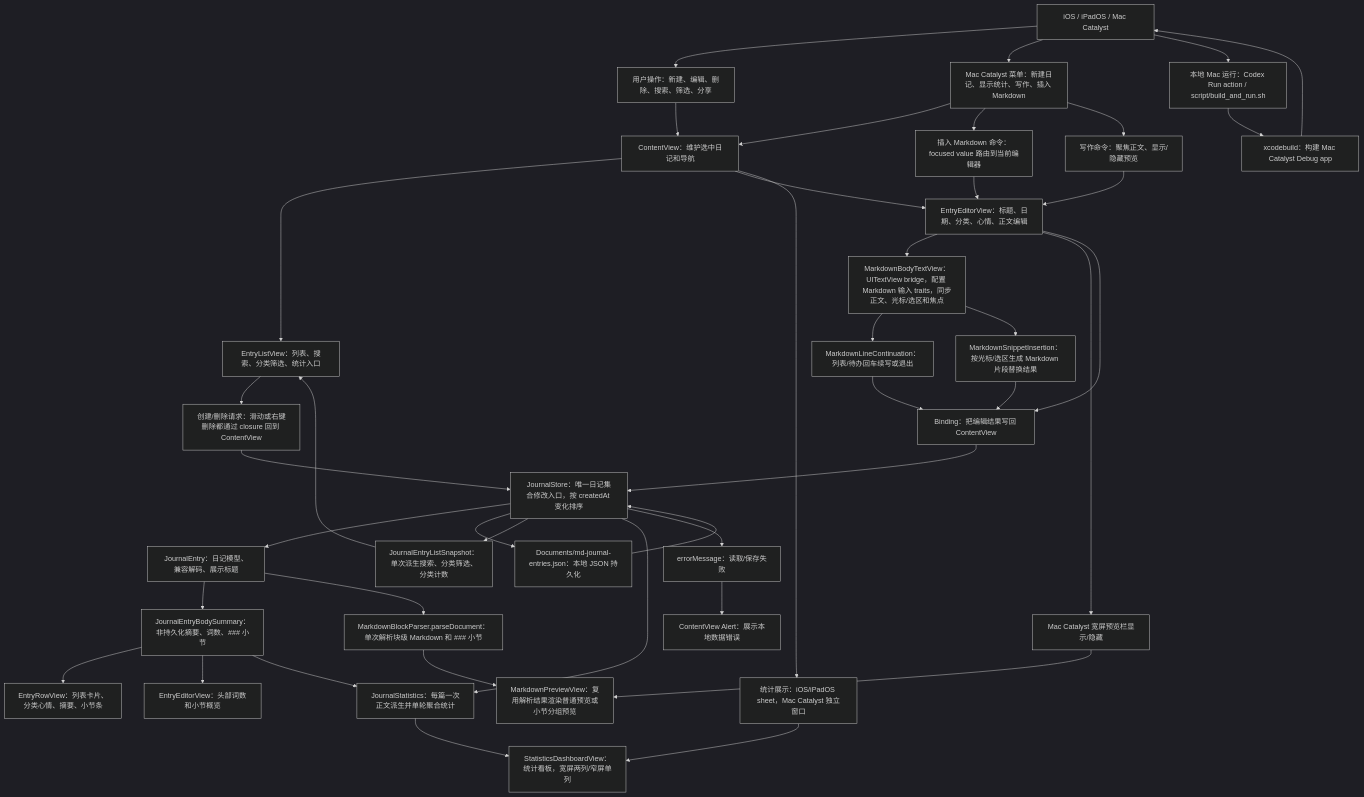
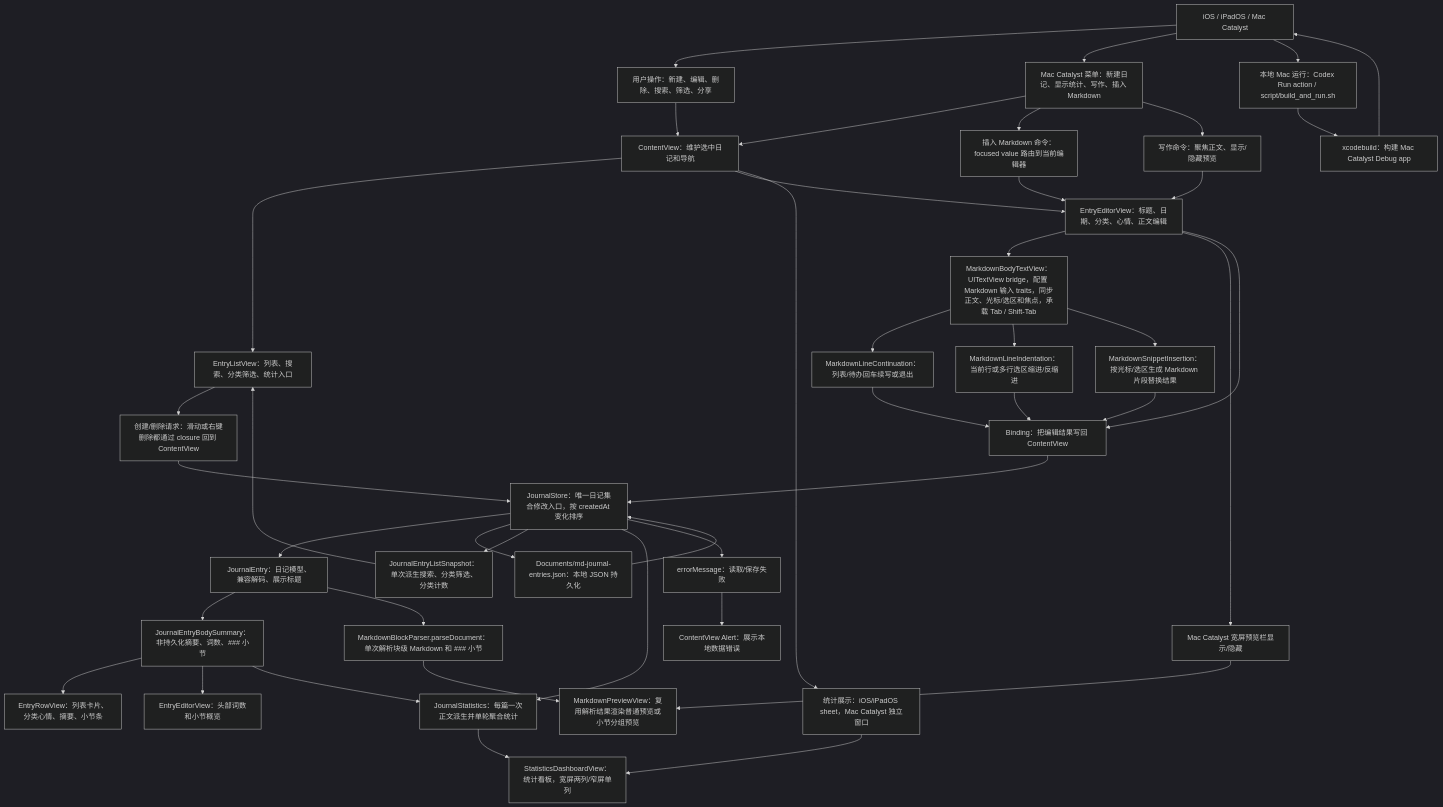
The first of 6 diagrams in md/flow/flowchart.md (Altman-sam114/117), drawn with Mermaid (dark theme) before and after one commit. The commit also changed other lines of this file and 10 other files, not shown here.

````diff
--- a/md/flow/flowchart.md
+++ b/md/flow/flowchart.md
@@ -9,44 +9,46 @@
 ```mermaid
 flowchart TD
   Platform["iOS / iPadOS / Mac Catalyst"] --> User["用户操作：新建、编辑、删除、搜索、筛选、分享"]
   Platform --> Menu["Mac Catalyst 菜单：新建日记、显示统计、写作、插入 Markdown"]
   Platform --> LocalRun["本地 Mac 运行：Codex Run action / script/build_and_run.sh"]
   LocalRun --> CatalystBuild["xcodebuild：构建 Mac Catalyst Debug app"]
   CatalystBuild --> Platform
   User --> CV["ContentView：维护选中日记和导航"]
   Menu --> CV
   CV --> List["EntryListView：列表、搜索、分类筛选、统计入口"]
   CV --> Editor["EntryEditorView：标题、日期、分类、心情、正文编辑"]
   Menu --> SnippetCommand["插入 Markdown 命令：focused value 路由到当前编辑器"]
   SnippetCommand --> Editor
   Menu --> WritingCommand["写作命令：聚焦正文、显示/隐藏预览"]
   WritingCommand --> Editor
-  Editor --> BodyTextView["MarkdownBodyTextView：UITextView bridge，配置 Markdown 输入 traits，同步正文、光标/选区和焦点"]
+  Editor --> BodyTextView["MarkdownBodyTextView：UITextView bridge，配置 Markdown 输入 traits，同步正文、光标/选区和焦点，承载 Tab / Shift-Tab"]
   BodyTextView --> LineContinuation["MarkdownLineContinuation：列表/待办回车续写或退出"]
   LineContinuation --> Binding
+  BodyTextView --> LineIndentation["MarkdownLineIndentation：当前行或多行选区缩进/反缩进"]
+  LineIndentation --> Binding
   BodyTextView --> SnippetInsertion["MarkdownSnippetInsertion：按光标/选区生成 Markdown 片段替换结果"]
   SnippetInsertion --> Binding
   Editor --> PreviewToggle["Mac Catalyst 宽屏预览栏显示/隐藏"]
   PreviewToggle --> Preview
   List --> CreateDelete["创建/删除请求：滑动或右键删除都通过 closure 回到 ContentView"]
   Editor --> Binding["Binding<JournalEntry>：把编辑结果写回 ContentView"]
   CreateDelete --> Store["JournalStore：唯一日记集合修改入口，按 createdAt 变化排序"]
   Binding --> Store
   Store --> Model["JournalEntry：日记模型、兼容解码、展示标题"]
   Store --> JSON["Documents/md-journal-entries.json：本地 JSON 持久化"]
   JSON --> Store
   Model --> Summary["JournalEntryBodySummary：非持久化摘要、词数、### 小节"]
   Store --> ListSnapshot["JournalEntryListSnapshot：单次派生搜索、分类筛选、分类计数"]
   ListSnapshot --> List
   Model --> Parser["MarkdownBlockParser.parseDocument：单次解析块级 Markdown 和 ### 小节"]
   Parser --> Preview["MarkdownPreviewView：复用解析结果渲染普通预览或小节分组预览"]
   Store --> Stats["JournalStatistics：每篇一次正文派生并单轮聚合统计"]
   CV --> StatsSurface["统计展示：iOS/iPadOS sheet，Mac Catalyst 独立窗口"]
   StatsSurface --> Dashboard["StatisticsDashboardView：统计看板，宽屏两列/窄屏单列"]
   Stats --> Dashboard
   Summary --> Row["EntryRowView：列表卡片、分类心情、摘要、小节条"]
   Summary --> EditorStats["EntryEditorView：头部词数和小节概览"]
   Summary --> Stats
   Store --> Error["errorMessage：读取/保存失败"]
   Error --> Alert["ContentView Alert：展示本地数据错误"]
 ```
````
